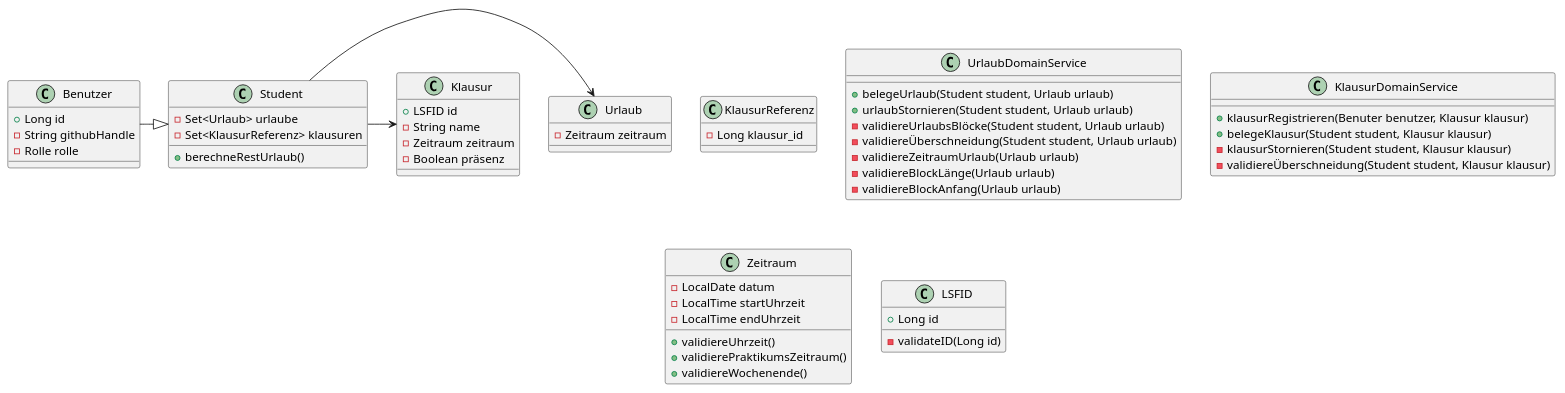
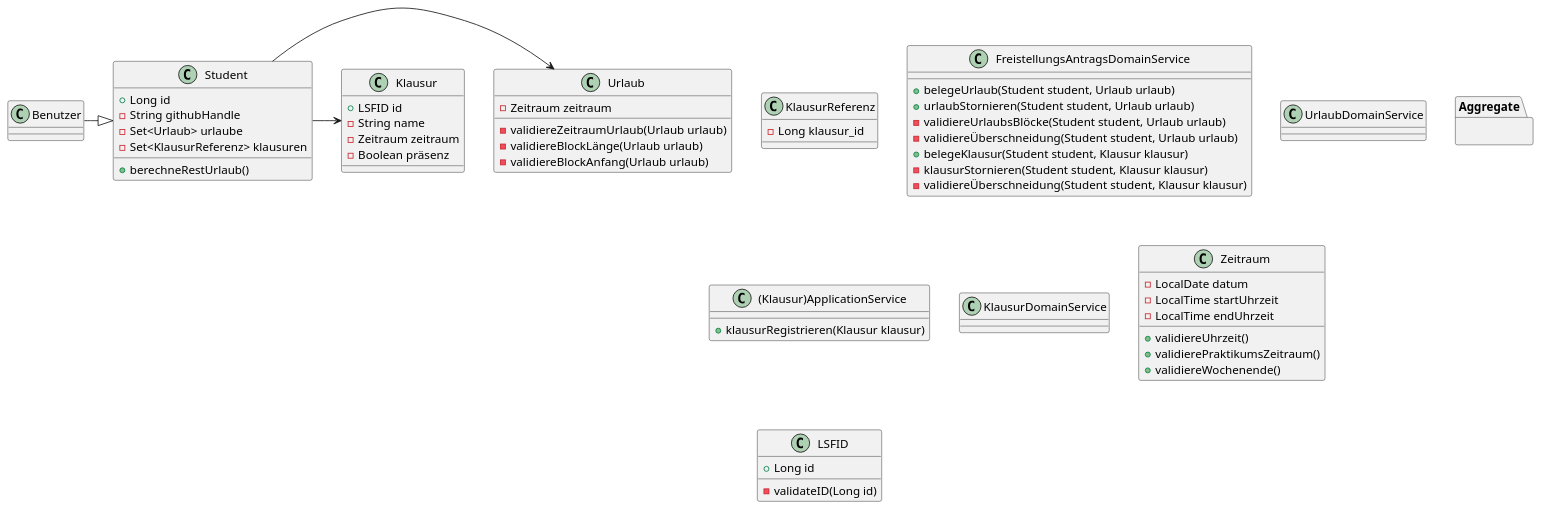
The diagram in chicken.puml (fnellen/software-entwicklung-im-team), drawn with PlantUML before and after one commit.

Commit message:
UML Diagramm Konzeptionierung

```diff
--- a/chicken.puml
+++ b/chicken.puml
@@ -1,67 +1,76 @@
 @startuml
 class Benutzer{
+
+}
+class Student{
 + Long id
 - String githubHandle
-- Rolle rolle
-}
-
-class Student{
 - Set<Urlaub> urlaube
 - Set<KlausurReferenz> klausuren
 + berechneRestUrlaub()
 }
 
 
 Benutzer -|> Student
 
 class KlausurReferenz{
 - Long klausur_id
 }
 
-
-
-class UrlaubDomainService{
+class FreistellungsAntragsDomainService{
 + belegeUrlaub(Student student, Urlaub urlaub)
 + urlaubStornieren(Student student, Urlaub urlaub)
 - validiereUrlaubsBlöcke(Student student, Urlaub urlaub)
 - validiereÜberschneidung(Student student, Urlaub urlaub)
++ belegeKlausur(Student student, Klausur klausur)
+- klausurStornieren(Student student, Klausur klausur)
+- validiereÜberschneidung(Student student, Klausur klausur)
+}
+class UrlaubDomainService{
+
+}
+
+class Urlaub{
+- Zeitraum zeitraum
 - validiereZeitraumUrlaub(Urlaub urlaub)
 - validiereBlockLänge(Urlaub urlaub)
 - validiereBlockAnfang(Urlaub urlaub)
 }
 
-class Urlaub{
-- Zeitraum zeitraum
+class (Klausur)ApplicationService{
++ klausurRegistrieren(Klausur klausur)
 }
 
 class KlausurDomainService{
-+ klausurRegistrieren(Benuter benutzer, Klausur klausur)
-+ belegeKlausur(Student student, Klausur klausur)
-- klausurStornieren(Student student, Klausur klausur)
-- validiereÜberschneidung(Student student, Klausur klausur)
+
 }
 
 class Klausur{
 + LSFID id
 - String name
 - Zeitraum zeitraum
 - Boolean präsenz
 }
 
 class Zeitraum{
 - LocalDate datum
 - LocalTime startUhrzeit
 - LocalTime endUhrzeit
 + validiereUhrzeit()
 + validierePraktikumsZeitraum()
 + validiereWochenende()
 }
 
 class LSFID{
 + Long id
 - validateID(Long id)
 }
 
 Student -> Urlaub
 Student -> Klausur
+package "Aggregate"{
+
+}
+
+
 @enduml
```
